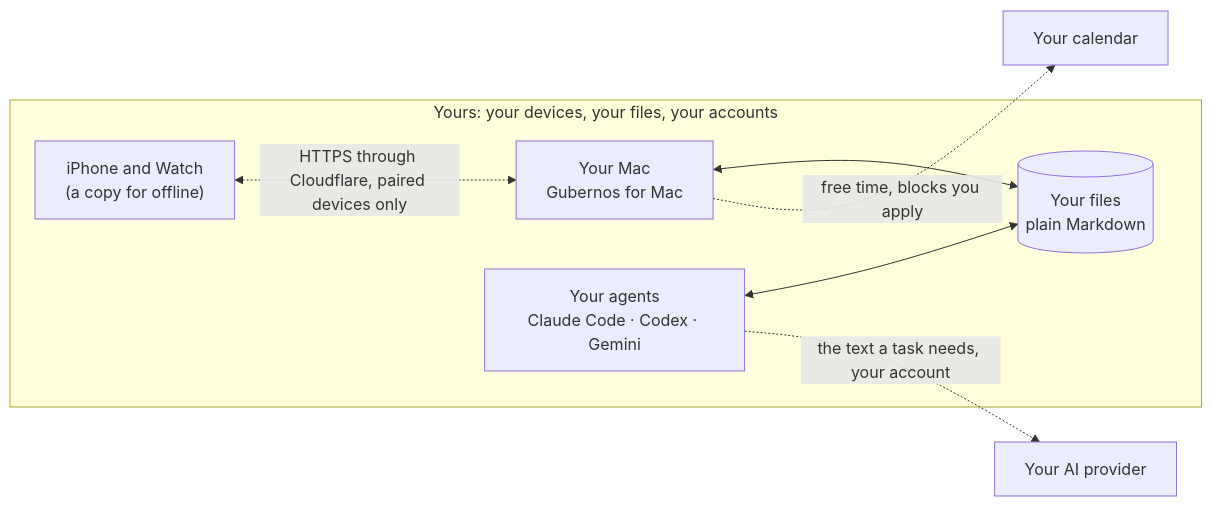
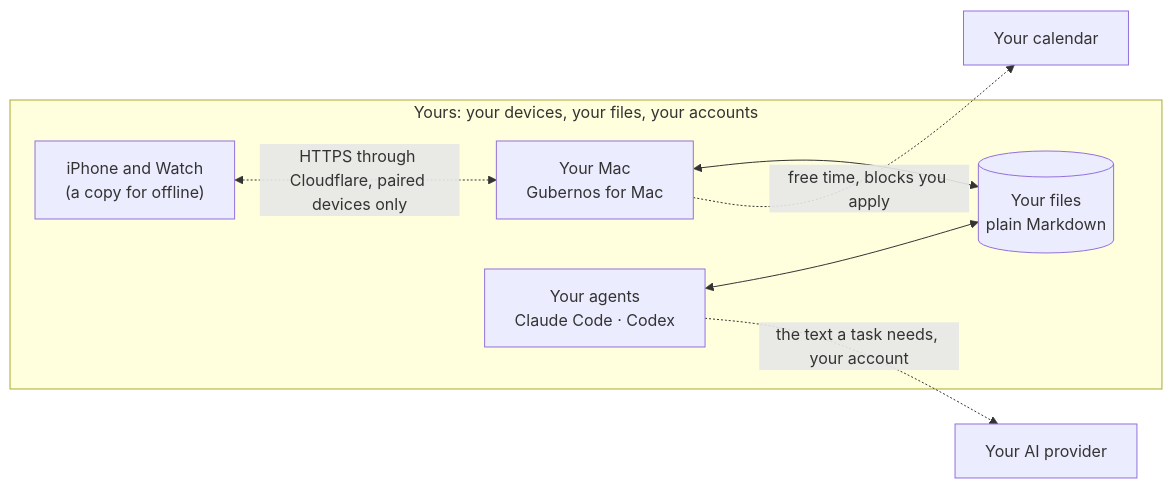
The diagram in README.md (old-bozman/gubernos), drawn with Mermaid before and after one commit. The commit also changed other lines of this file and 27 other files, not shown here.

First line of the commit message:
Claude and ChatGPT only: Gemini out, the paid plan said up front, a lost sign-in can restart

````diff
--- a/README.md
+++ b/README.md
@@ -56,11 +58,11 @@
 ```mermaid
 flowchart LR
   subgraph yours["Yours: your devices, your files, your accounts"]
     mac["Your Mac<br/>Gubernos for Mac"] <--> files[("Your files<br/>plain Markdown")]
     phone["iPhone and Watch<br/>(a copy for offline)"]
-    agents["Your agents<br/>Claude Code · Codex · Gemini"] <--> files
+    agents["Your agents<br/>Claude Code · Codex"] <--> files
     phone <-. "HTTPS through Cloudflare, paired devices only" .-> mac
   end
   agents -. "the text a task needs, your account" .-> ai["Your AI provider"]
   mac -. "free time, blocks you apply" .-> cal["Your calendar"]
 ```
````
